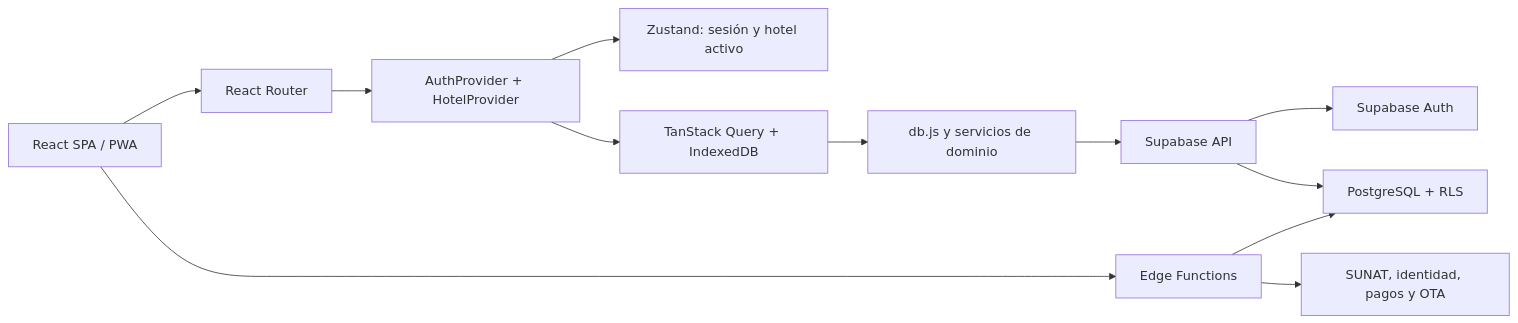
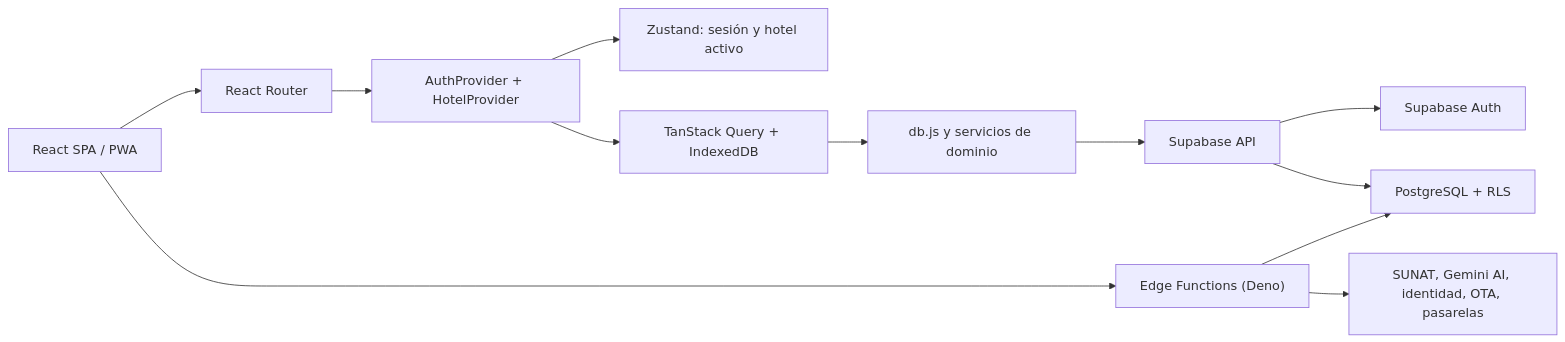
One commit to jhoncharlesjcar/pms-jcar-labs-inc changed the first of 2 diagrams in specs/architecture.md. Above: the diagram before and after it, drawn with Mermaid. The commit also changed other lines of this file and 16 other files, not shown here.

Commit message:
docs: actualizar documentacion a version 2.0.0, agregar Facturacion SUNAT, AI y OTA

````diff
--- a/specs/architecture.md
+++ b/specs/architecture.md
@@ -12,14 +12,14 @@
 ```mermaid
 flowchart LR
     UI["React SPA / PWA"] --> ROUTER["React Router"]
     ROUTER --> PROVIDERS["AuthProvider + HotelProvider"]
     PROVIDERS --> STORE["Zustand: sesión y hotel activo"]
     PROVIDERS --> QUERY["TanStack Query + IndexedDB"]
     QUERY --> DB["db.js y servicios de dominio"]
     DB --> API["Supabase API"]
     API --> AUTH["Supabase Auth"]
     API --> PG["PostgreSQL + RLS"]
-    UI --> EDGE["Edge Functions"]
+    UI --> EDGE["Edge Functions (Deno)"]
     EDGE --> PG
-    EDGE --> EXT["SUNAT, identidad, pagos y OTA"]
+    EDGE --> EXT["SUNAT, Gemini AI, identidad, OTA, pasarelas"]
 ```
````
